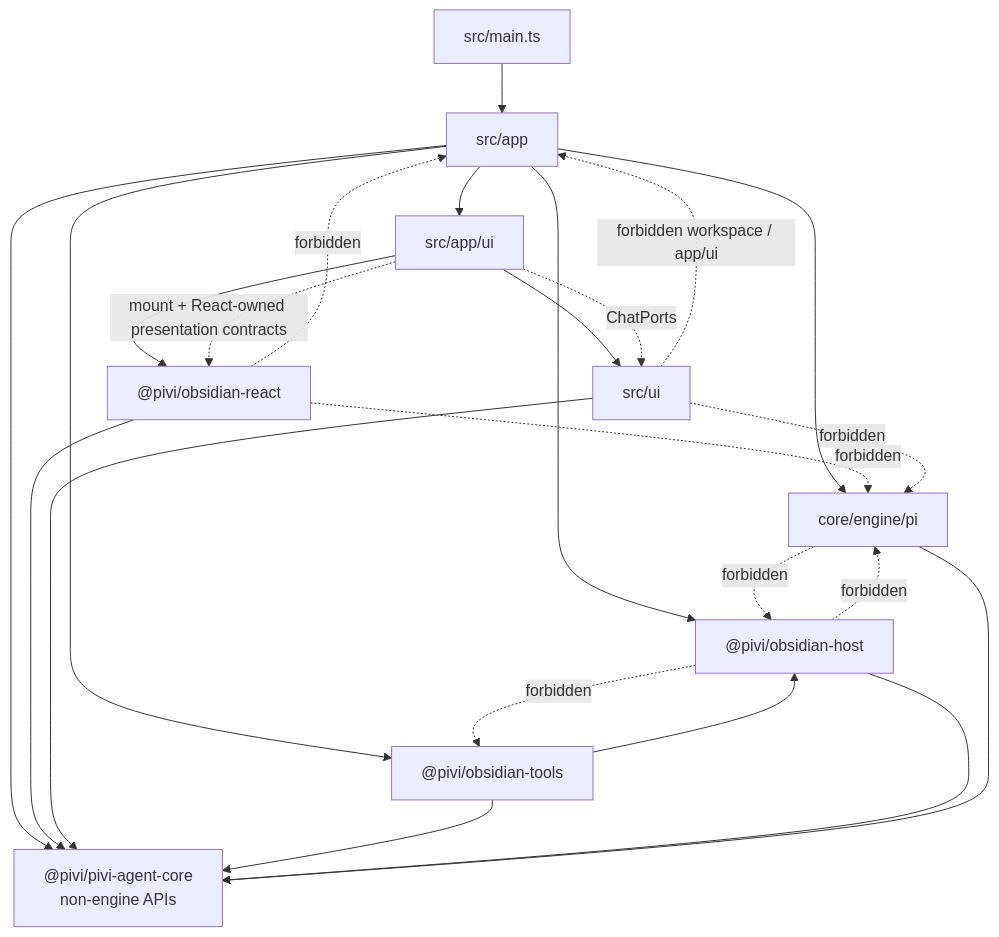
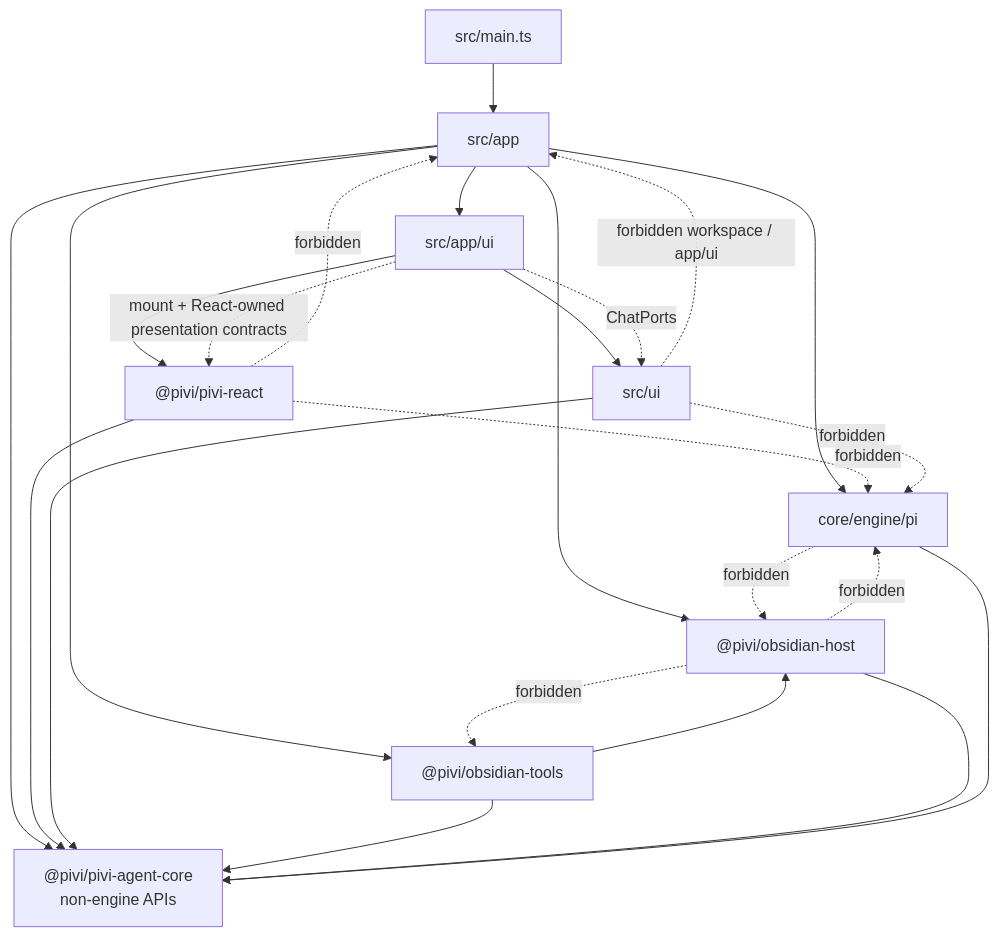
Before and after one commit to shuuul/obsidian-pivi: the fourth of 4 diagrams in AGENTS.md, drawn with Mermaid. The commit also changed other lines of this file and 290 other files, not shown here.

First line of the commit message:
refactor(architecture): make React UI product-owned

````diff
--- a/AGENTS.md
+++ b/AGENTS.md
@@ -203,26 +204,26 @@
 ```mermaid
 flowchart TD
   Main["src/main.ts"] --> App["src/app"]
   App --> AppUI["src/app/ui"]
-  AppUI --> ReactUI["@pivi/obsidian-react"]
+  AppUI --> ReactUI["@pivi/pivi-react"]
   AppUI --> ChatUI["src/ui"]
   App --> Host["@pivi/obsidian-host"]
   App --> Tools["@pivi/obsidian-tools"]
   App --> Engine["core/engine/pi"]
   App --> Core["@pivi/pivi-agent-core<br/>non-engine APIs"]
   ReactUI --> Core
   ChatUI --> Core
   Tools --> Host
   Tools --> Core
   Host --> Core
   Engine --> Core
   AppUI -. "mount + React-owned presentation contracts" .-> ReactUI
   AppUI -. "ChatPorts" .-> ChatUI
   Host -. "forbidden" .-> Engine
   Host -. "forbidden" .-> Tools
   Engine -. "forbidden" .-> Host
   ReactUI -. "forbidden" .-> App
   ReactUI -. "forbidden" .-> Engine
   ChatUI -. "forbidden" .-> Engine
   ChatUI -. "forbidden workspace / app/ui" .-> App
 ```
````
